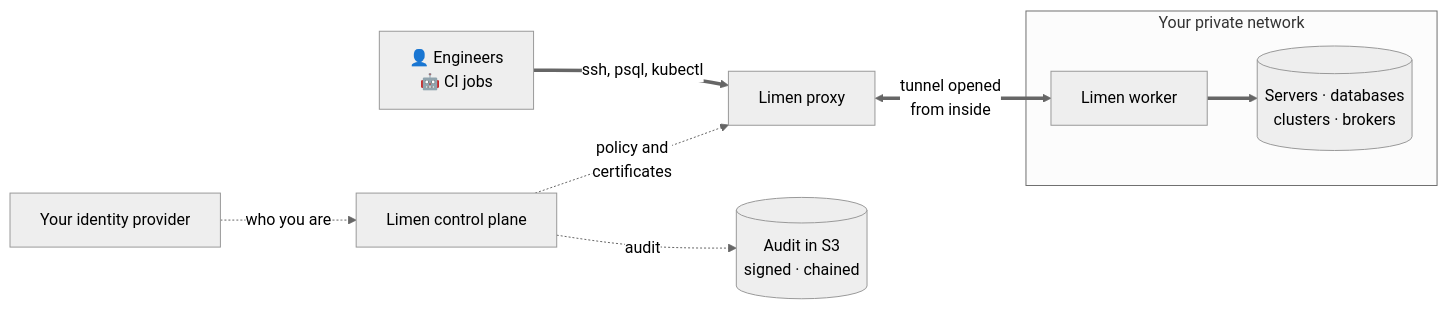
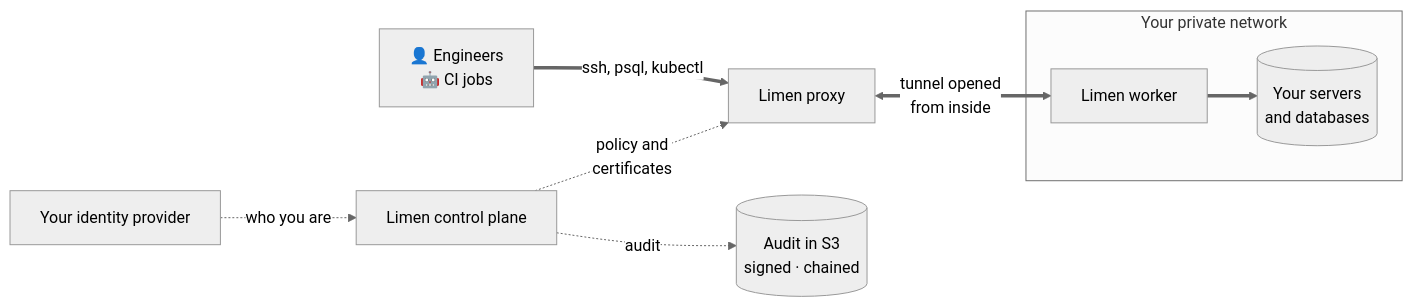
One commit to limen-dev/.github changed the diagram in profile/README.md. Above: the diagram before and after it, drawn with Mermaid (neutral theme).

Commit message:
docs(profile): shorter target label in the diagram

````diff
--- a/profile/README.md
+++ b/profile/README.md
@@ -61,18 +61,18 @@
 ```mermaid
 flowchart LR
   people["👤 Engineers<br>🤖 CI jobs"]
   proxy["Limen proxy"]
   subgraph private["Your private network"]
     worker["Limen worker"]
-    targets[("Servers · databases<br>clusters · brokers")]
+    targets[("Your servers<br>and databases")]
   end
   cp["Limen control plane"]
   idp["Your identity provider"]
   s3[("Audit in S3<br>signed · chained")]
   people ==>|"ssh, psql, kubectl"| proxy
   proxy <==>|"tunnel opened<br>from inside"| worker
   worker ==> targets
   idp -.->|"who you are"| cp
   cp -.->|"policy and<br>certificates"| proxy
   cp -.->|"audit"| s3
 ```
````
